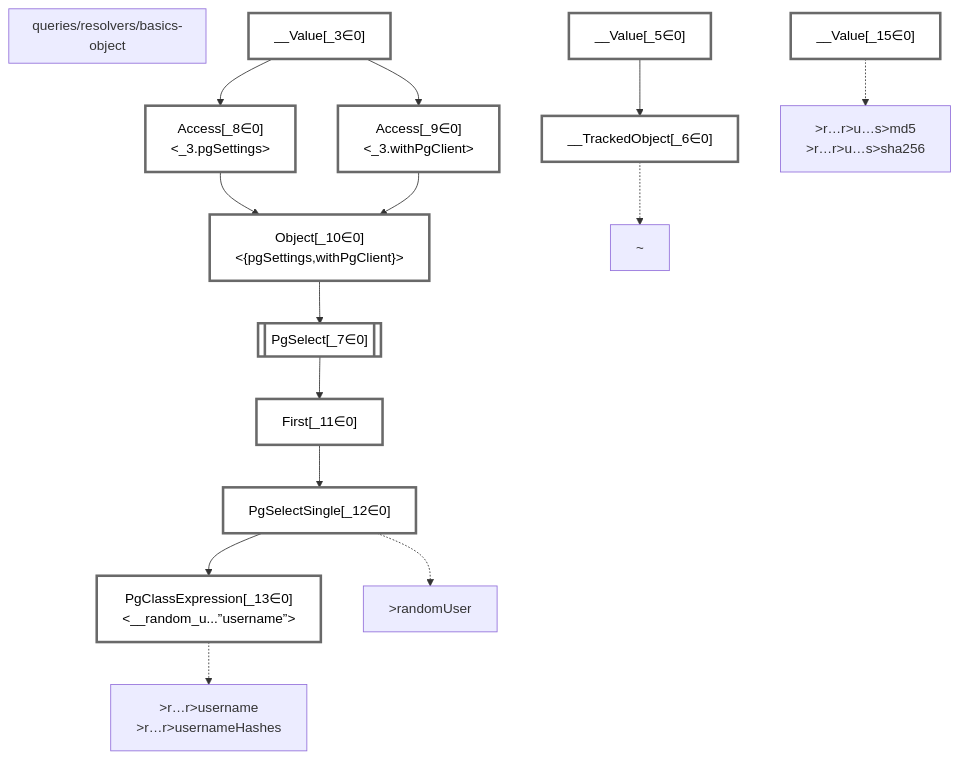
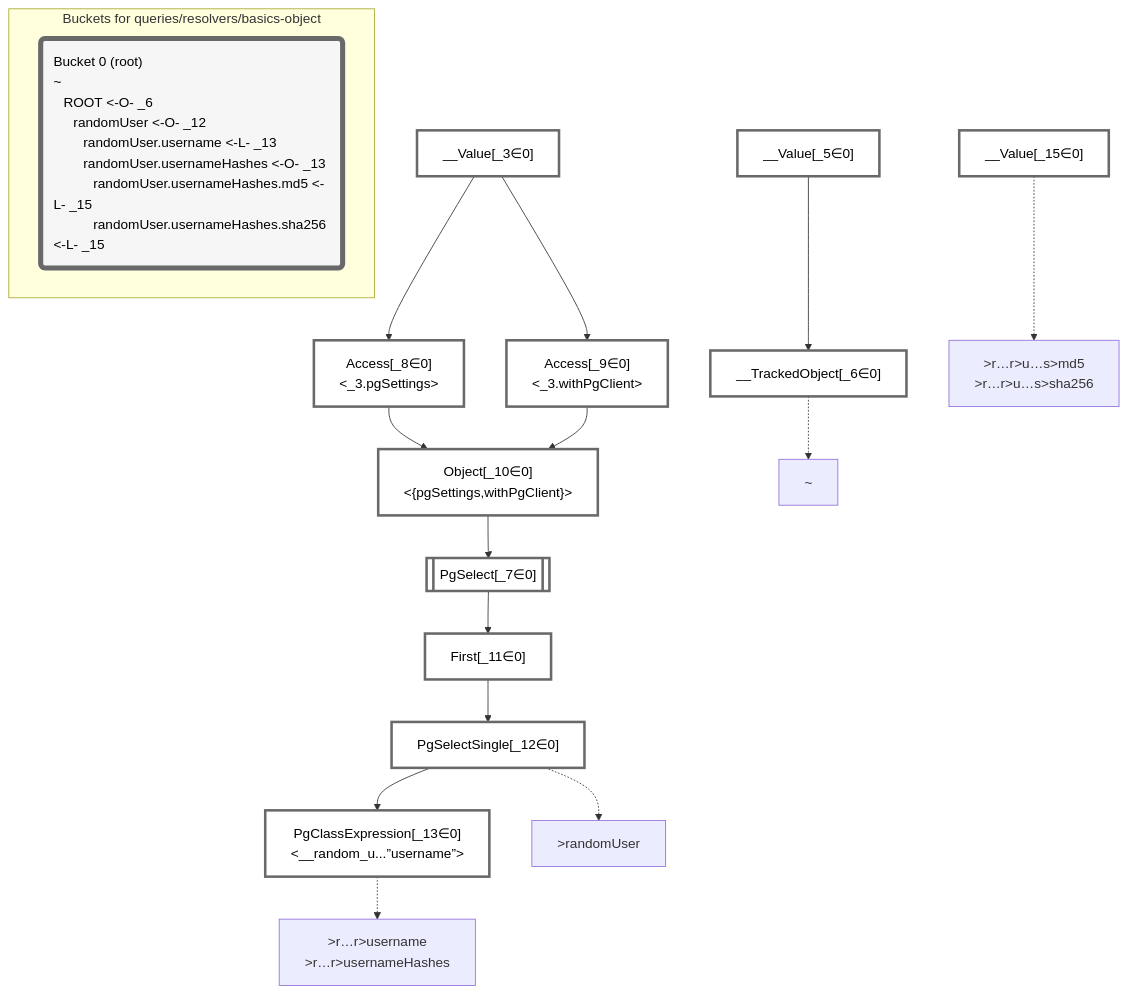
One commit to graphile/crystal changed the diagram in packages/dataplan-pg/__tests__/queries/resolvers/basics-object.mermaid.md. Above: the diagram before and after it, drawn with Mermaid. The commit also changed 37 other files, not shown here.

````diff
--- a/packages/dataplan-pg/__tests__/queries/resolvers/basics-object.mermaid.md
+++ b/packages/dataplan-pg/__tests__/queries/resolvers/basics-object.mermaid.md
@@ -1,49 +1,52 @@
 ```mermaid
 graph TD
-    subgraph "queries/resolvers/basics-object"
-    end
     classDef path fill:#eee,stroke:#000,color:#000
     classDef plan fill:#fff,stroke-width:3px,color:#000
     classDef itemplan fill:#fff,stroke-width:6px,color:#000
     classDef sideeffectplan fill:#f00,stroke-width:6px,color:#000
     classDef bucket fill:#f6f6f6,color:#000,stroke-width:6px,text-align:left
 
 
     %% define plans
     __Value_3["__Value[_3∈0]<br /><context>"]:::plan
     __Value_5["__Value[_5∈0]<br /><rootValue>"]:::plan
     __TrackedObject_6["__TrackedObject[_6∈0]"]:::plan
     PgSelect_7[["PgSelect[_7∈0]<br /><random_user>"]]:::plan
     Access_8["Access[_8∈0]<br /><_3.pgSettings>"]:::plan
     Access_9["Access[_9∈0]<br /><_3.withPgClient>"]:::plan
     Object_10["Object[_10∈0]<br /><{pgSettings,withPgClient}>"]:::plan
     First_11["First[_11∈0]"]:::plan
     PgSelectSingle_12["PgSelectSingle[_12∈0]<br /><users>"]:::plan
     PgClassExpression_13["PgClassExpression[_13∈0]<br /><__random_u...”username”>"]:::plan
     __Value_15["__Value[_15∈0]"]:::plan
 
     %% plan dependencies
     __Value_5 --> __TrackedObject_6
     Object_10 --> PgSelect_7
     __Value_3 --> Access_8
     __Value_3 --> Access_9
     Access_8 --> Object_10
     Access_9 --> Object_10
     PgSelect_7 --> First_11
     First_11 --> PgSelectSingle_12
     PgSelectSingle_12 --> PgClassExpression_13
 
     %% plan-to-path relationships
     P_6["~"]
     __TrackedObject_6 -.-> P_6
     P_12[">randomUser"]
     PgSelectSingle_12 -.-> P_12
     P_13[">r…r>username<br />>r…r>usernameHashes"]
     PgClassExpression_13 -.-> P_13
     P_15[">r…r>u…s>md5<br />>r…r>u…s>sha256"]
     __Value_15 -.-> P_15
 
     %% allocate buckets
     classDef bucket0 stroke:#696969
     class __Value_3,__Value_5,__TrackedObject_6,PgSelect_7,Access_8,Access_9,Object_10,First_11,PgSelectSingle_12,PgClassExpression_13,__Value_15 bucket0
+
+    subgraph "Buckets for queries/resolvers/basics-object"
+    Bucket0("Bucket 0 (root)<br />~<br />⠀ROOT <-O- _6<br />⠀⠀randomUser <-O- _12<br />⠀⠀⠀randomUser.username <-L- _13<br />⠀⠀⠀randomUser.usernameHashes <-O- _13<br />⠀⠀⠀⠀randomUser.usernameHashes.md5 <-L- _15<br />⠀⠀⠀⠀randomUser.usernameHashes.sha256 <-L- _15"):::bucket
+    style Bucket0 stroke:#696969
+    end
 ```
````
